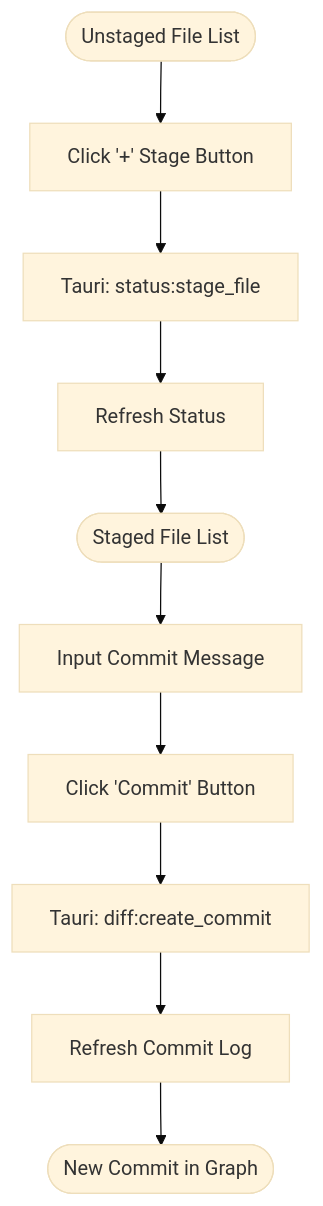
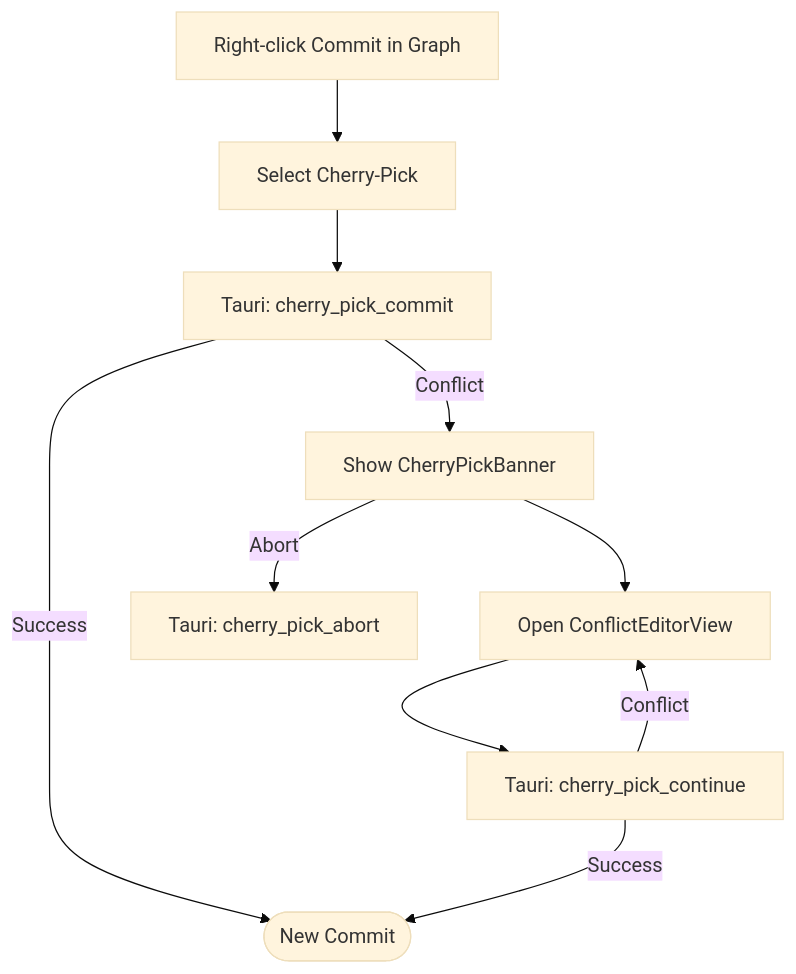
Before and after one commit to TrungHieu0107/git-helper: the third of 4 diagrams in docs/user_flow.md, drawn with Mermaid (base theme). The commit also changed other lines of this file and 8 other files, not shown here.

````diff
--- a/docs/user_flow.md
+++ b/docs/user_flow.md
@@ -30,12 +48,12 @@
 ```mermaid
 flowchart TD
-    Start([Unstaged File List]) --> Stage[Click '+' Stage Button]
-    Stage --> Cmd[Tauri: status:stage_file]
-    Cmd --> Refresh[Refresh Status]
-    Refresh --> Staged([Staged File List])
-    Staged --> Input[Input Commit Message]
-    Input --> Commit[Click 'Commit' Button]
-    Commit --> CommitCmd[Tauri: diff:create_commit]
-    CommitCmd --> LogRefresh[Refresh Commit Log]
-    LogRefresh --> Done([New Commit in Graph])
+    Start[Right-click Commit in Graph] --> CP[Select Cherry-Pick]
+    CP --> Cmd[Tauri: cherry_pick_commit]
+    Cmd -- Success --> Done([New Commit])
+    Cmd -- Conflict --> ShowBanner[Show CherryPickBanner]
+    ShowBanner --> Resolve[Open ConflictEditorView]
+    Resolve --> Continue[Tauri: cherry_pick_continue]
+    Continue -- Success --> Done
+    Continue -- Conflict --> Resolve
+    ShowBanner -- Abort --> AbortCmd[Tauri: cherry_pick_abort]
 ```
````
